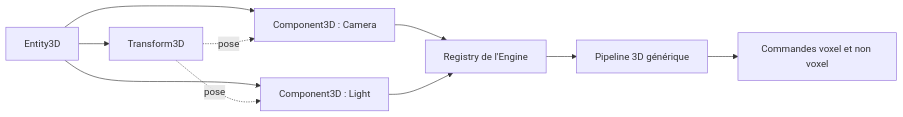
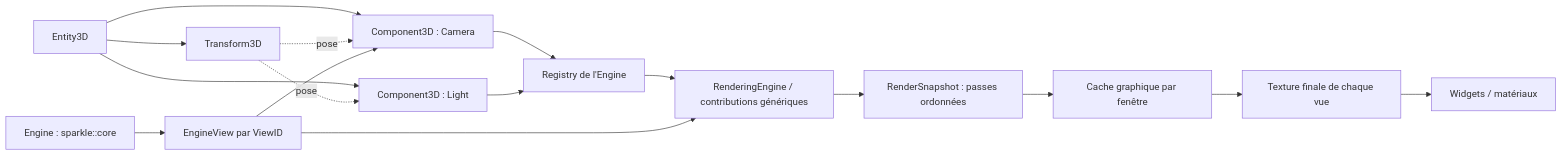
The sixth of 9 diagrams in docs/voxel-engine-v0.1.4-specification.md (EreliaStudio/Sparkle), drawn with Mermaid before and after one commit. The commit also changed other lines of this file, not shown here.

Commit message:
docs: align diagrams, snapshots, EngineView cache and widget responsibilities

````diff
--- a/docs/voxel-engine-v0.1.4-specification.md
+++ b/docs/voxel-engine-v0.1.4-specification.md
@@ -573,12 +581,18 @@
 ```mermaid
 flowchart LR
   E["Entity3D"] --> T["Transform3D"]
   E --> C["Component3D : Camera"]
   E --> L["Component3D : Light"]
   C --> R["Registry de l'Engine"]
   L --> R
   T -. "pose" .-> C
   T -. "pose" .-> L
-  R --> P["Pipeline 3D générique"]
-  P --> V["Commandes voxel et non voxel"]
+  Eng["Engine : sparkle::core"] --> Views["EngineView par ViewID"]
+  Views --> C
+  R --> Render["RenderingEngine / contributions génériques"]
+  Views --> Render
+  Render --> Snap["RenderSnapshot : passes ordonnées"]
+  Snap --> Cache["Cache graphique par fenêtre"]
+  Cache --> Texture["Texture finale de chaque vue"]
+  Texture --> UI["Widgets / matériaux"]
 ```
````
